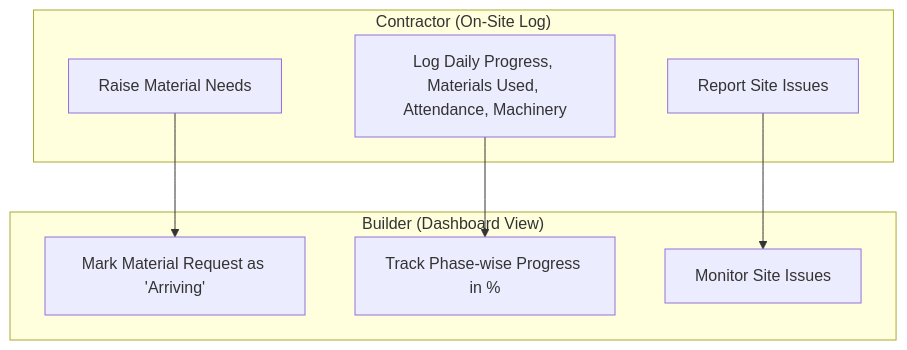
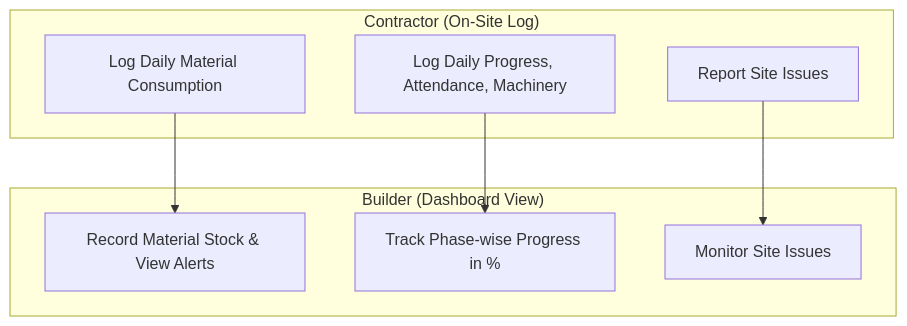
Before and after one commit to DivyaJaviya01/BuildEx_app: the diagram in system_design/01_problem_solution_features_users.md, drawn with Mermaid. The commit also changed other lines of this file and 16 other files, not shown here.

Commit message:
docs: synchronize system design and map page redirection flow

````diff
--- a/system_design/01_problem_solution_features_users.md
+++ b/system_design/01_problem_solution_features_users.md
@@ -19,18 +19,18 @@
 ```mermaid
 graph TD
     subgraph Contractor ["Contractor (On-Site Log)"]
-        Request[Raise Material Needs]
-        DPR[Log Daily Progress, Materials Used, Attendance, Machinery]
+        Consumption[Log Daily Material Consumption]
+        DPR[Log Daily Progress, Attendance, Machinery]
         Snag[Report Site Issues]
     end
 
     subgraph Builder ["Builder (Dashboard View)"]
-        Approve[Mark Material Request as 'Arriving']
+        Stock[Record Material Stock & View Alerts]
         TrackProgress[Track Phase-wise Progress in %]
         TrackIssues[Monitor Site Issues]
     end
 
-    Request --> Approve
+    Consumption --> Stock
     DPR --> TrackProgress
     Snag --> TrackIssues
 ```
````
